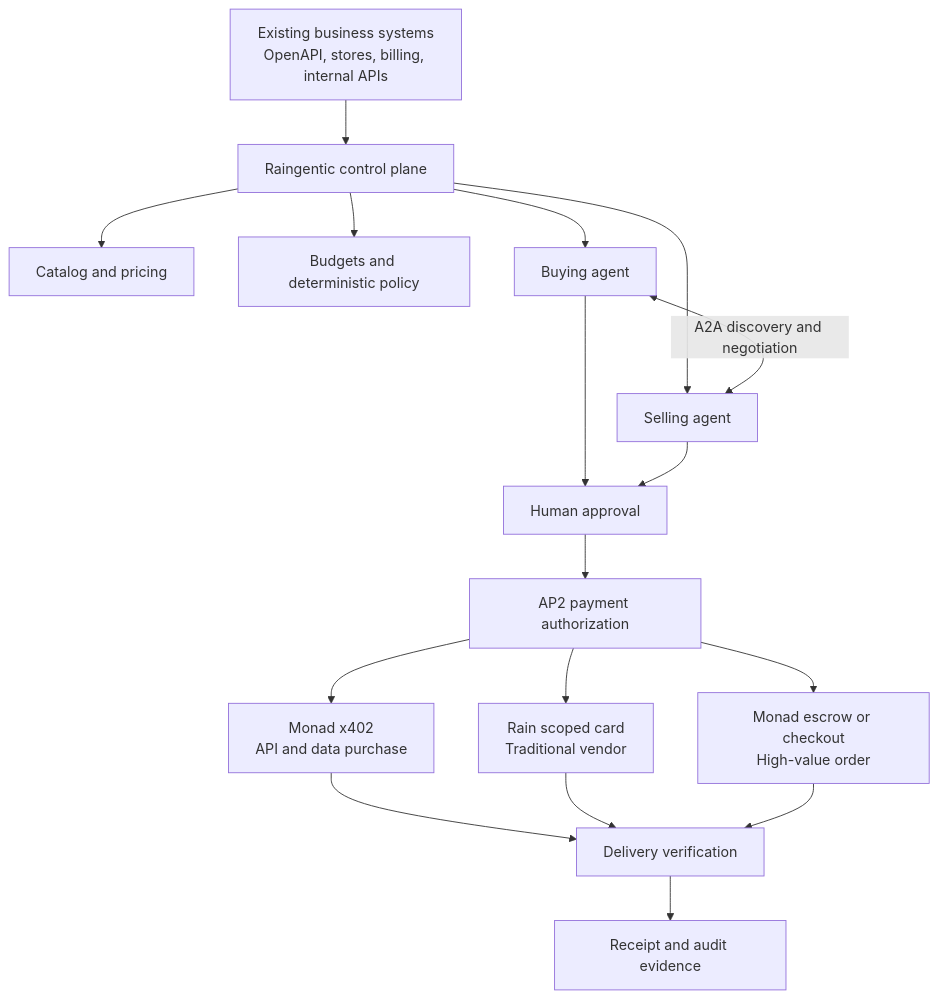
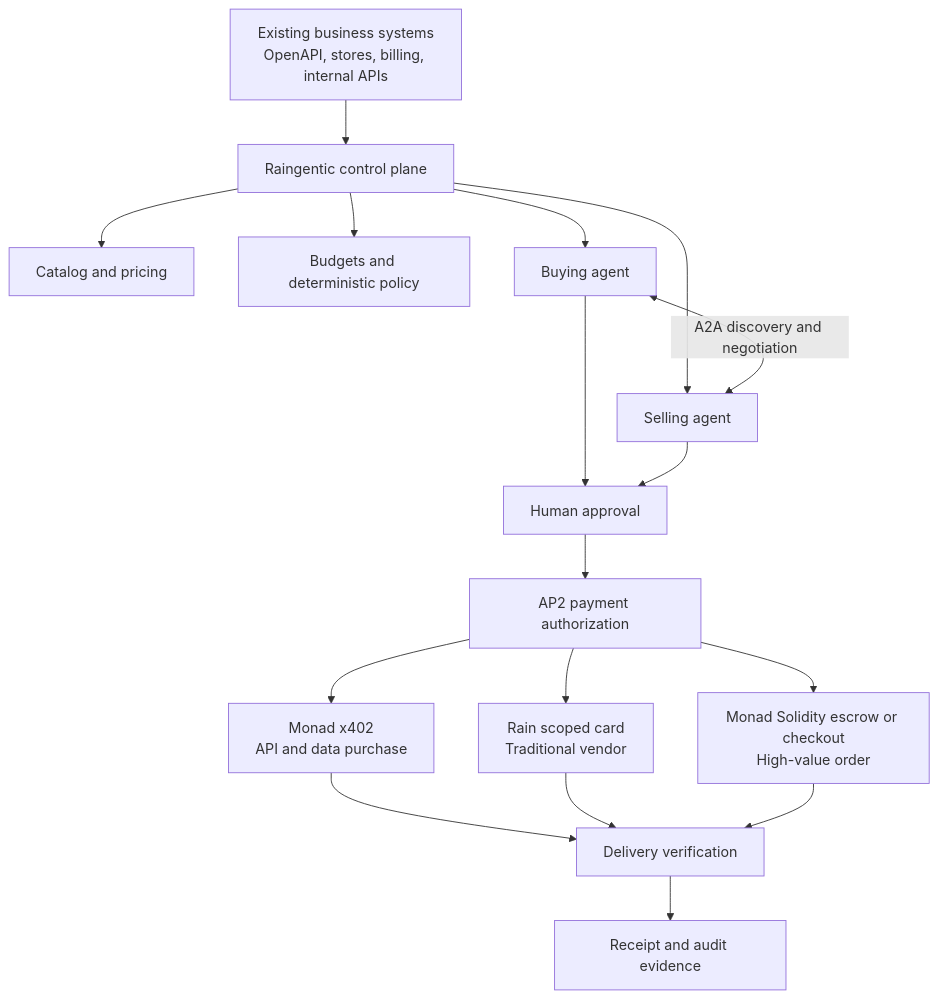
The third of 3 diagrams in README.md (saikrishnabolla/caravel), drawn with Mermaid before and after one commit. The commit also changed other lines of this file and 2 other files, not shown here.

Commit message:
add judge-focused architecture documentation

````diff
--- a/README.md
+++ b/README.md
@@ -85,19 +151,19 @@
 ```mermaid
 flowchart TD
     S[Existing business systems<br/>OpenAPI, stores, billing, internal APIs] --> R[Raingentic control plane]
     R --> C[Catalog and pricing]
     R --> P[Budgets and deterministic policy]
     R --> B[Buying agent]
     R --> E[Selling agent]
     B <-->|A2A discovery and negotiation| E
     B --> H[Human approval]
     E --> H
     H --> A[AP2 payment authorization]
     A --> M[Monad x402<br/>API and data purchase]
     A --> RC[Rain scoped card<br/>Traditional vendor]
-    A --> X[Monad escrow or checkout<br/>High-value order]
+    A --> X[Monad Solidity escrow or checkout<br/>High-value order]
     M --> V[Delivery verification]
     RC --> V
     X --> V
     V --> T[Receipt and audit evidence]
 ```
````
